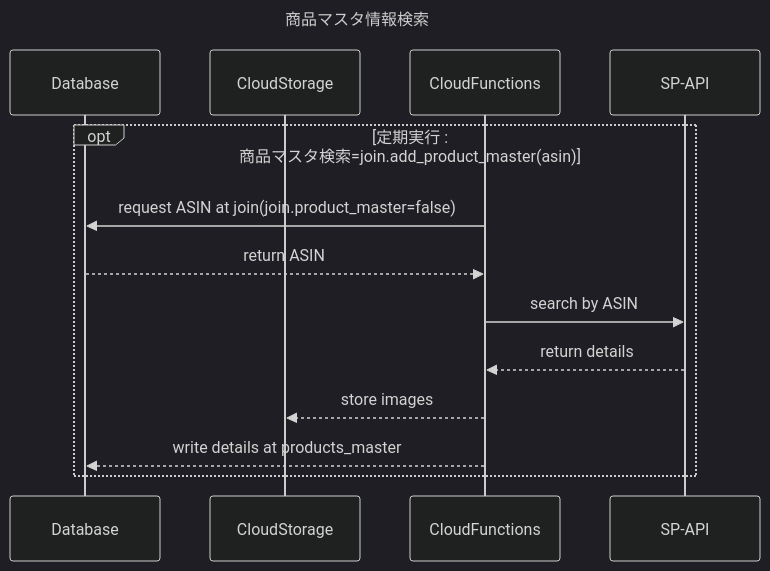
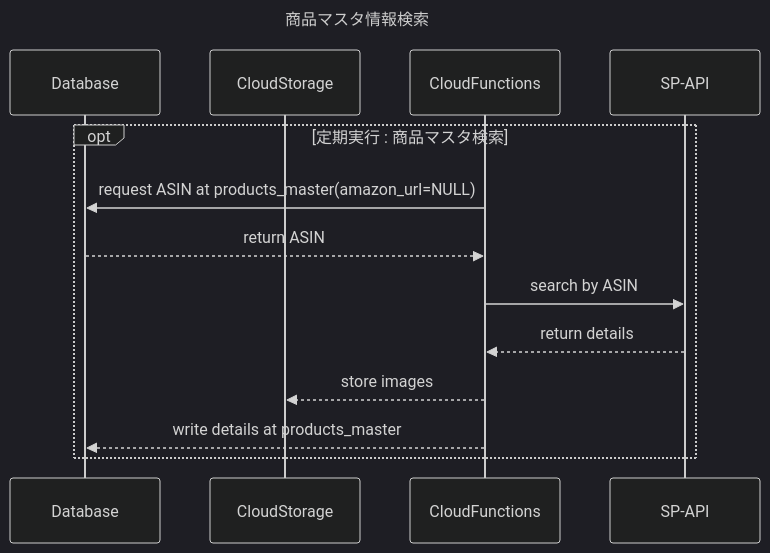
The diagram in SQ/research_SQ_get_details.md (Hanato238/ASIN_search_dev), drawn with Mermaid (dark theme) before and after one commit. The commit also changed 15 other files, not shown here.

````diff
--- a/SQ/research_SQ_get_details.md
+++ b/SQ/research_SQ_get_details.md
@@ -1,19 +1,19 @@
 ```mermaid
 ---
 title: '商品マスタ情報検索'
 ---
 sequenceDiagram
     participant db as Database
     participant cs as CloudStorage
     participant cf as CloudFunctions
     participant spapi as SP-API
 
-        opt 定期実行 : 商品マスタ検索=join.add_product_master(asin)
-            cf ->> db : request ASIN at join(join.product_master=false)
+        opt 定期実行 : 商品マスタ検索
+            cf ->> db : request ASIN at products_master(amazon_url=NULL)
             db -->> cf : return ASIN
             cf ->> spapi : search by ASIN
             spapi -->> cf : return details
             cf -->> cs : store images
             cf -->> db : write details at products_master
         end
 ```
````
